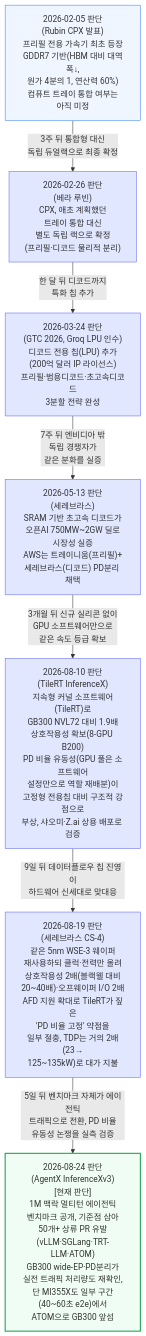
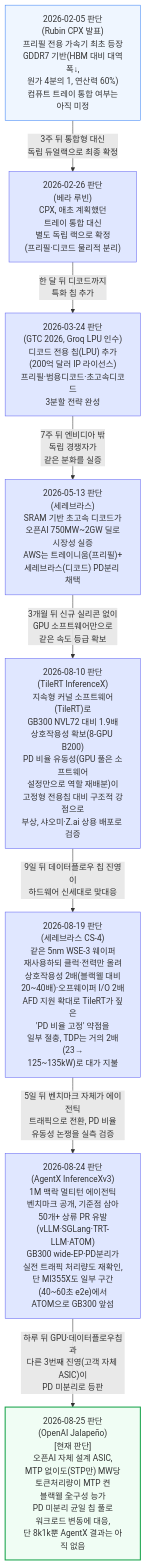
One commit to yohan4477/semi-report changed the third of 5 diagrams in 통합 리포트/카테고리별 통합 리포트/[260711] 컴퓨트 통합 리포트.md. Above: the diagram before and after it, drawn with Mermaid. The commit also changed other lines of this file, not shown here.

Commit message:
Update compute integrated report with OpenAI Jalapeño as latest §1.3 timeline datapoint

````diff
--- a/통합 리포트/카테고리별 통합 리포트/[260711] 컴퓨트 통합 리포트.md
+++ b/통합 리포트/카테고리별 통합 리포트/[260711] 컴퓨트 통합 리포트.md
@@ -108,12 +109,13 @@
 ```mermaid
 flowchart TD
-    D2602c["2026-02-05 판단<br/>(Rubin CPX 발표)<br/>프리필 전용 가속기 최초 등장<br/>GDDR7 기반(HBM 대비 대역폭↓,<br/>원가 4분의 1, 연산력 60%)<br/>컴퓨트 트레이 통합 여부는<br/>아직 미정"] -->|"3주 뒤 통합형 대신<br/>독립 듀얼랙으로 최종 확정"| D2602d["2026-02-26 판단<br/>(베라 루빈)<br/>CPX, 애초 계획했던<br/>트레이 통합 대신<br/>별도 독립 랙으로 확정<br/>(프리필·디코드 물리적 분리)"] -->|"한 달 뒤 디코드까지<br/>특화 칩 추가"| D2603b["2026-03-24 판단<br/>(GTC 2026, Groq LPU 인수)<br/>디코드 전용 칩(LPU) 추가<br/>(200억 달러 IP 라이선스)<br/>프리필·범용디코드·초고속디코드<br/>3분할 전략 완성"] -->|"7주 뒤 엔비디아 밖<br/>독립 경쟁자가<br/>같은 분화를 실증"| D2605["2026-05-13 판단<br/>(세레브라스)<br/>SRAM 기반 초고속 디코드가<br/>오픈AI 750MW~2GW 딜로<br/>시장성 실증<br/>AWS는 트레이니움(프리필)+<br/>세레브라스(디코드) PD분리 채택"] -->|"3개월 뒤 신규 실리콘 없이<br/>GPU 소프트웨어만으로<br/>같은 속도 등급 확보"| D2608["2026-08-10 판단<br/>(TileRT InferenceX)<br/>지속형 커널 소프트웨어(TileRT)로<br/>GB300 NVL72 대비 1.9배<br/>상호작용성 확보(8-GPU B200)<br/>PD 비율 유동성(GPU 풀은 소프트웨어<br/>설정만으로 역할 재배분)이<br/>고정형 전용칩 대비 구조적 강점으로<br/>부상, 샤오미·Z.ai 상용 배포로 검증"] -->|"9일 뒤 데이터플로우 칩 진영이<br/>하드웨어 신세대로 맞대응"| D2608b["2026-08-19 판단<br/>(세레브라스 CS-4)<br/>같은 5nm WSE-3 웨이퍼<br/>재사용하되 클럭·전력만 올려<br/>상호작용성 2배(블랙웰 대비<br/>20~40배)·오프웨이퍼 I/O 2배<br/>AFD 지원 확대로 TileRT가 짚은<br/>'PD 비율 고정' 약점을<br/>일부 절충, TDP는 거의 2배(23→<br/>125~135kW)로 대가 지불"] -->|"5일 뒤 벤치마크 자체가 에이전틱<br/>트래픽으로 전환, PD 비율<br/>유동성 논쟁을 실측 검증"| D2608c["2026-08-24 판단<br/>(AgentX InferenceXv3)<br/>[현재 판단]<br/>1M 맥락 멀티턴 에이전틱<br/>벤치마크 공개, 기준점 삼아<br/>50개+ 상류 PR 유발<br/>(vLLM·SGLang·TRT-LLM·ATOM)<br/>GB300 wide-EP·PD분리가<br/>실전 트래픽 처리량도 재확인,<br/>단 MI355X도 일부 구간<br/>(40~60초 e2e)에서<br/>ATOM으로 GB300 앞섬"]
+    D2602c["2026-02-05 판단<br/>(Rubin CPX 발표)<br/>프리필 전용 가속기 최초 등장<br/>GDDR7 기반(HBM 대비 대역폭↓,<br/>원가 4분의 1, 연산력 60%)<br/>컴퓨트 트레이 통합 여부는<br/>아직 미정"] -->|"3주 뒤 통합형 대신<br/>독립 듀얼랙으로 최종 확정"| D2602d["2026-02-26 판단<br/>(베라 루빈)<br/>CPX, 애초 계획했던<br/>트레이 통합 대신<br/>별도 독립 랙으로 확정<br/>(프리필·디코드 물리적 분리)"] -->|"한 달 뒤 디코드까지<br/>특화 칩 추가"| D2603b["2026-03-24 판단<br/>(GTC 2026, Groq LPU 인수)<br/>디코드 전용 칩(LPU) 추가<br/>(200억 달러 IP 라이선스)<br/>프리필·범용디코드·초고속디코드<br/>3분할 전략 완성"] -->|"7주 뒤 엔비디아 밖<br/>독립 경쟁자가<br/>같은 분화를 실증"| D2605["2026-05-13 판단<br/>(세레브라스)<br/>SRAM 기반 초고속 디코드가<br/>오픈AI 750MW~2GW 딜로<br/>시장성 실증<br/>AWS는 트레이니움(프리필)+<br/>세레브라스(디코드) PD분리 채택"] -->|"3개월 뒤 신규 실리콘 없이<br/>GPU 소프트웨어만으로<br/>같은 속도 등급 확보"| D2608["2026-08-10 판단<br/>(TileRT InferenceX)<br/>지속형 커널 소프트웨어(TileRT)로<br/>GB300 NVL72 대비 1.9배<br/>상호작용성 확보(8-GPU B200)<br/>PD 비율 유동성(GPU 풀은 소프트웨어<br/>설정만으로 역할 재배분)이<br/>고정형 전용칩 대비 구조적 강점으로<br/>부상, 샤오미·Z.ai 상용 배포로 검증"] -->|"9일 뒤 데이터플로우 칩 진영이<br/>하드웨어 신세대로 맞대응"| D2608b["2026-08-19 판단<br/>(세레브라스 CS-4)<br/>같은 5nm WSE-3 웨이퍼<br/>재사용하되 클럭·전력만 올려<br/>상호작용성 2배(블랙웰 대비<br/>20~40배)·오프웨이퍼 I/O 2배<br/>AFD 지원 확대로 TileRT가 짚은<br/>'PD 비율 고정' 약점을<br/>일부 절충, TDP는 거의 2배(23→<br/>125~135kW)로 대가 지불"] -->|"5일 뒤 벤치마크 자체가 에이전틱<br/>트래픽으로 전환, PD 비율<br/>유동성 논쟁을 실측 검증"| D2608c["2026-08-24 판단<br/>(AgentX InferenceXv3)<br/>1M 맥락 멀티턴 에이전틱<br/>벤치마크 공개, 기준점 삼아<br/>50개+ 상류 PR 유발<br/>(vLLM·SGLang·TRT-LLM·ATOM)<br/>GB300 wide-EP·PD분리가<br/>실전 트래픽 처리량도 재확인,<br/>단 MI355X도 일부 구간<br/>(40~60초 e2e)에서<br/>ATOM으로 GB300 앞섬"] -->|"하루 뒤 GPU·데이터플로우칩과<br/>다른 3번째 진영(고객 자체 ASIC)이<br/>PD 미분리로 등판"| D2609["2026-08-25 판단<br/>(OpenAI Jalapeño)<br/>[현재 판단]<br/>오픈AI 자체 설계 ASIC,<br/>MTP 없이도(STP만) MW당<br/>토큰처리량이 MTP 켠<br/>블랙웰 全구성 능가<br/>PD 미분리 균일 칩 풀로<br/>워크로드 변동에 대응,<br/>단 8k1k뿐 AgentX 결과는 아직 없음"]
 
     style D2602c fill:#eff6ff,stroke:#3b82f6
     style D2602d fill:#e0e7ff,stroke:#6366f1
     style D2603b fill:#e0e7ff,stroke:#6366f1
     style D2605 fill:#e0e7ff,stroke:#6366f1
     style D2608 fill:#e0e7ff,stroke:#6366f1
     style D2608b fill:#e0e7ff,stroke:#6366f1
-    style D2608c fill:#f0fdf4,stroke:#16a34a,stroke-width:2px
+    style D2608c fill:#e0e7ff,stroke:#6366f1
+    style D2609 fill:#f0fdf4,stroke:#16a34a,stroke-width:2px
 ```
````
